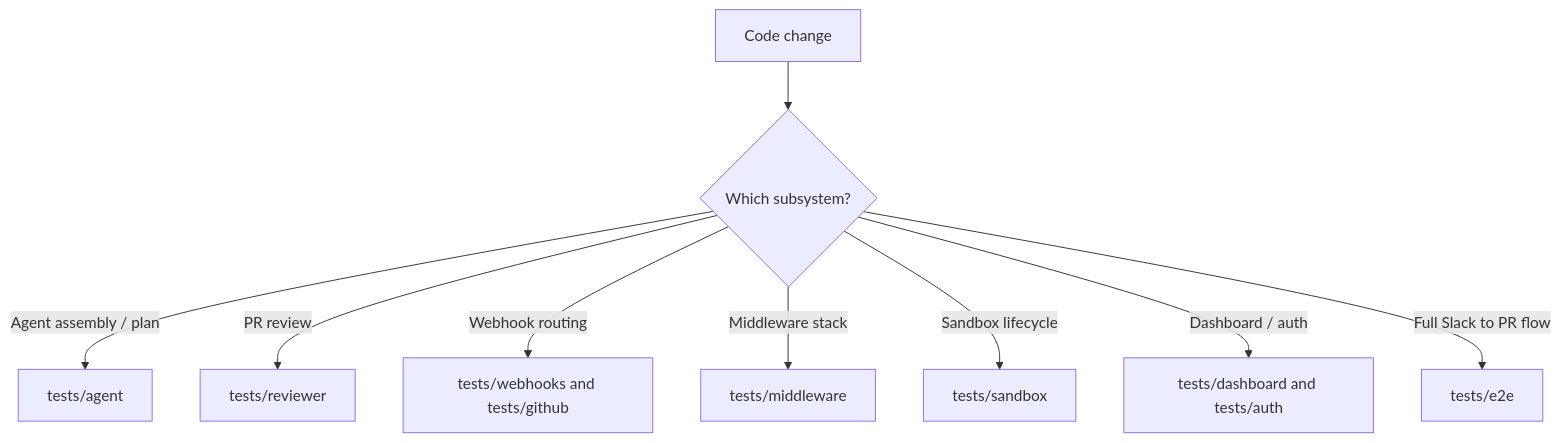
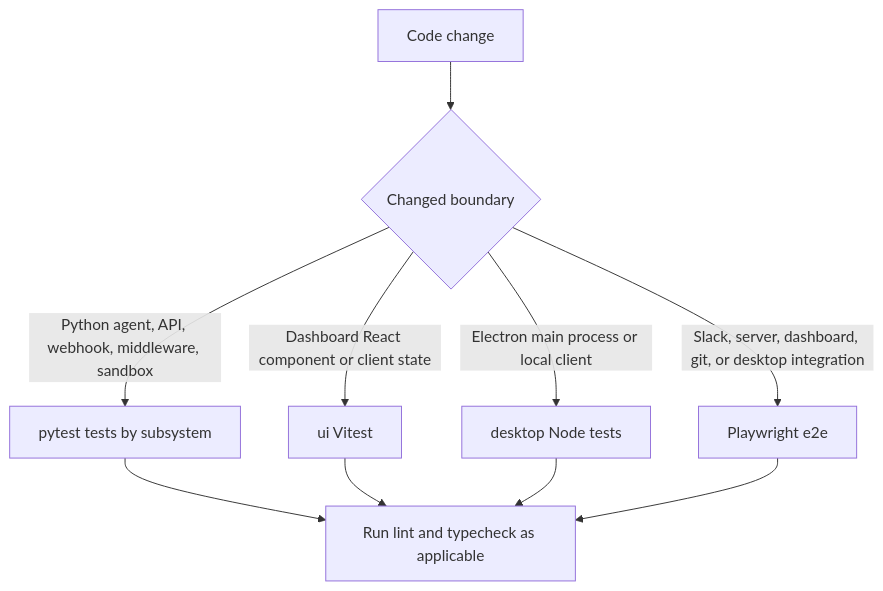
One commit to langchain-ai/open-swe changed the first of 2 diagrams in openwiki/testing/overview.md. Above: the diagram before and after it, drawn with Mermaid. The commit also changed other lines of this file and 14 other files, not shown here.

````diff
--- a/openwiki/testing/overview.md
+++ b/openwiki/testing/overview.md
@@ -110,11 +78,12 @@
 ```mermaid
 flowchart TD
-    Change["Code change"] --> Q{"Which subsystem?"}
-    Q -->|"Agent assembly / plan"| A["tests/agent"]
-    Q -->|"PR review"| R["tests/reviewer"]
-    Q -->|"Webhook routing"| W["tests/webhooks and tests/github"]
-    Q -->|"Middleware stack"| M["tests/middleware"]
-    Q -->|"Sandbox lifecycle"| S["tests/sandbox"]
-    Q -->|"Dashboard / auth"| D["tests/dashboard and tests/auth"]
-    Q -->|"Full Slack to PR flow"| E["tests/e2e"]
+    Change["Code change"] --> Area{"Changed boundary"}
+    Area -->|"Python agent, API, webhook, middleware, sandbox"| Py["pytest tests by subsystem"]
+    Area -->|"Dashboard React component or client state"| UI["ui Vitest"]
+    Area -->|"Electron main process or local client"| Desk["desktop Node tests"]
+    Area -->|"Slack, server, dashboard, git, or desktop integration"| E2E["Playwright e2e"]
+    Py --> Gates["Run lint and typecheck as applicable"]
+    UI --> Gates
+    Desk --> Gates
+    E2E --> Gates
 ```
````
